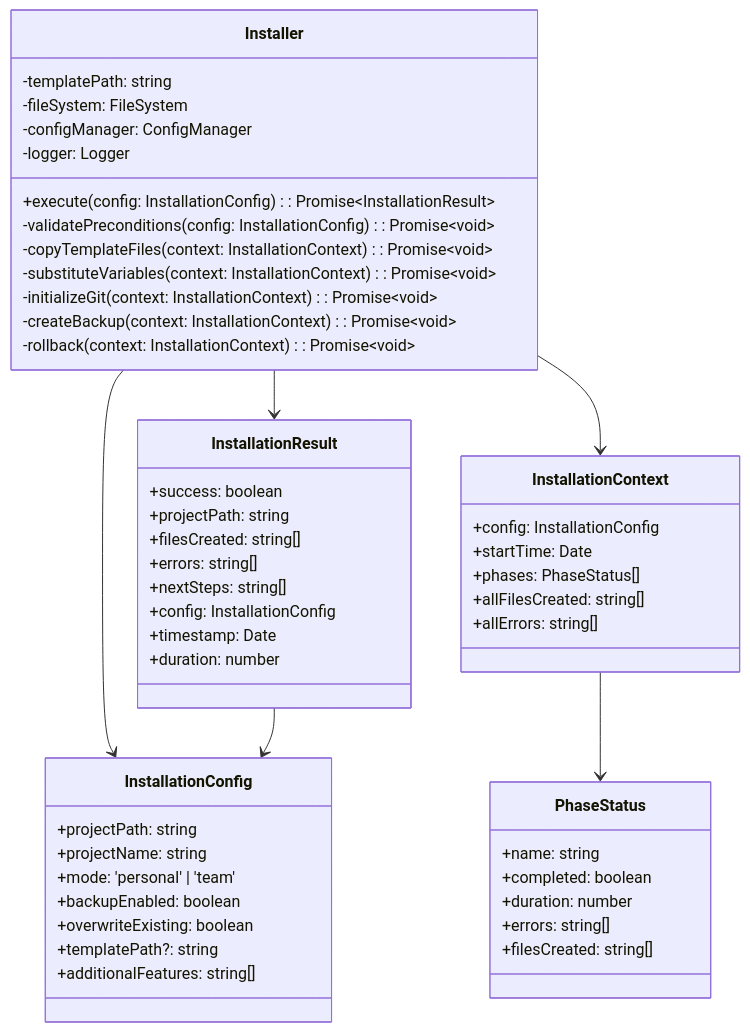
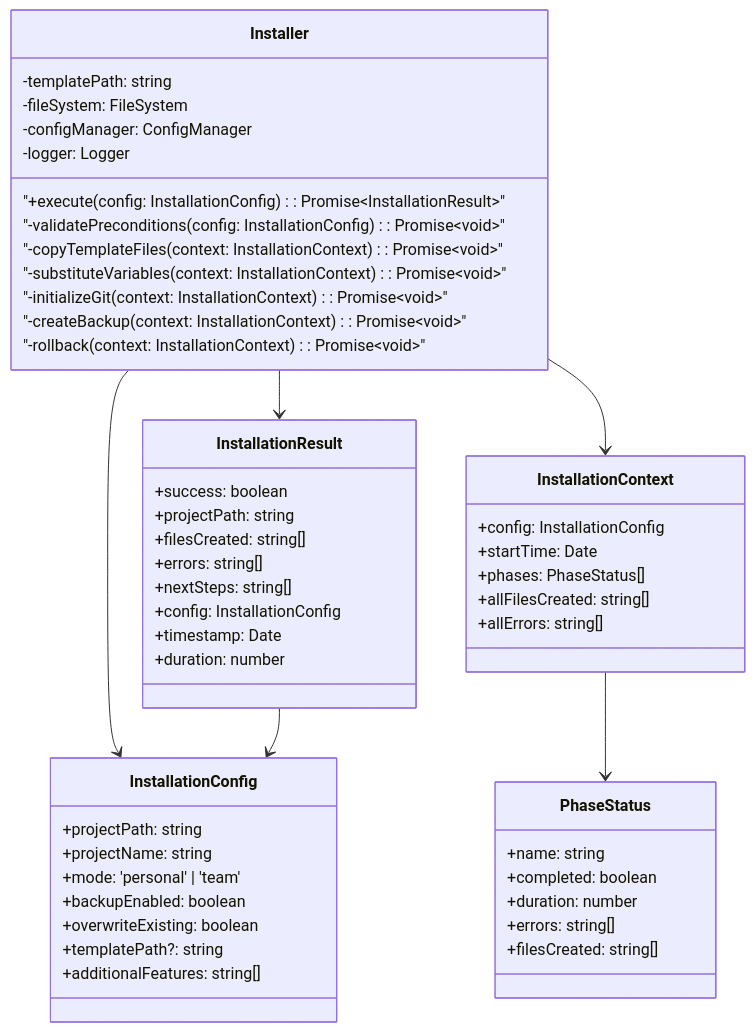
One commit to modu-ai/moai-adk changed the second of 9 diagrams in docs/reference/core-modules.md. Above: the diagram before and after it, drawn with Mermaid. The commit also changed other lines of this file and 19 other files, not shown here.

First line of the commit message:
🎨 fix: docs 전체 Mermaid 다이어그램 특수문자 오류 수정 (19개 파일)

````diff
--- a/docs/reference/core-modules.md
+++ b/docs/reference/core-modules.md
@@ -93,59 +93,59 @@
 ```mermaid
 classDiagram
     class Installer {
         -templatePath: string
         -fileSystem: FileSystem
         -configManager: ConfigManager
         -logger: Logger
-        +execute(config: InstallationConfig): Promise~InstallationResult~
-        -validatePreconditions(config: InstallationConfig): Promise~void~
-        -copyTemplateFiles(context: InstallationContext): Promise~void~
-        -substituteVariables(context: InstallationContext): Promise~void~
-        -initializeGit(context: InstallationContext): Promise~void~
-        -createBackup(context: InstallationContext): Promise~void~
-        -rollback(context: InstallationContext): Promise~void~
+        "+execute(config: InstallationConfig): Promise~InstallationResult~"
+        "-validatePreconditions(config: InstallationConfig): Promise~void~"
+        "-copyTemplateFiles(context: InstallationContext): Promise~void~"
+        "-substituteVariables(context: InstallationContext): Promise~void~"
+        "-initializeGit(context: InstallationContext): Promise~void~"
+        "-createBackup(context: InstallationContext): Promise~void~"
+        "-rollback(context: InstallationContext): Promise~void~"
     }
 
     class InstallationConfig {
         +projectPath: string
         +projectName: string
         +mode: 'personal' | 'team'
         +backupEnabled: boolean
         +overwriteExisting: boolean
         +templatePath?: string
         +additionalFeatures: string[]
     }
 
     class InstallationResult {
         +success: boolean
         +projectPath: string
         +filesCreated: string[]
         +errors: string[]
         +nextSteps: string[]
         +config: InstallationConfig
         +timestamp: Date
         +duration: number
     }
 
     class InstallationContext {
         +config: InstallationConfig
         +startTime: Date
         +phases: PhaseStatus[]
         +allFilesCreated: string[]
         +allErrors: string[]
     }
 
     class PhaseStatus {
         +name: string
         +completed: boolean
         +duration: number
         +errors: string[]
         +filesCreated: string[]
     }
 
     Installer --> InstallationConfig
     Installer --> InstallationResult
     Installer --> InstallationContext
     InstallationContext --> PhaseStatus
     InstallationResult --> InstallationConfig
 ```
````
